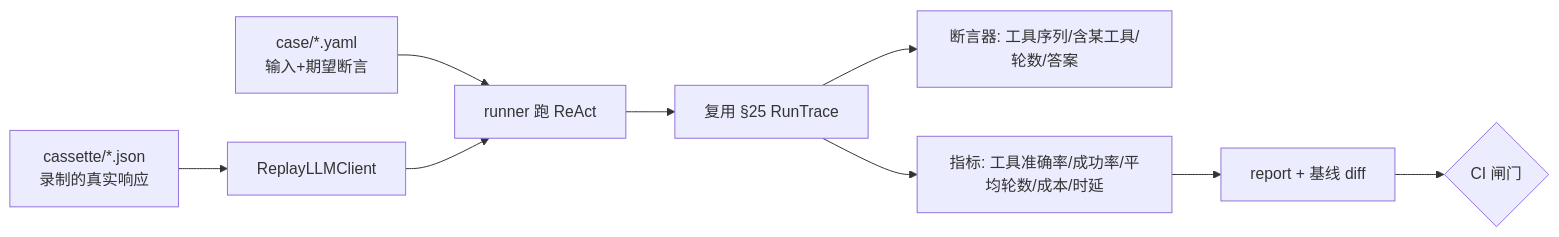
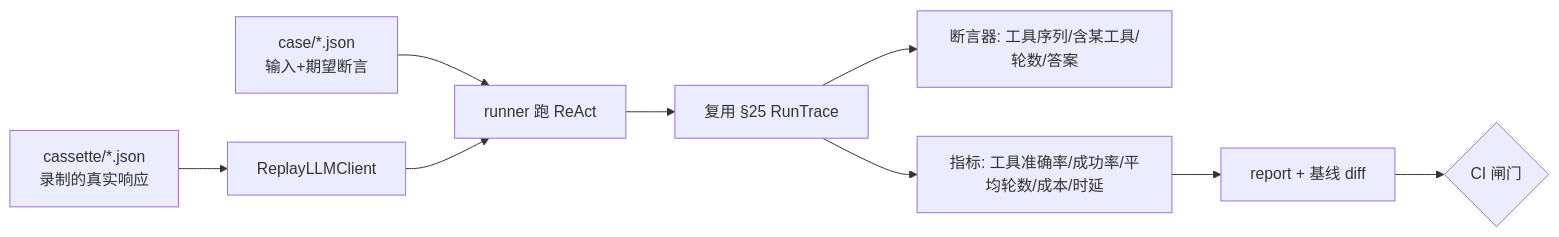
One commit to hxy2321548628/agent_mvp changed the first of 5 diagrams in doc/ddd/03ddd.md. Above: the diagram before and after it, drawn with Mermaid. The commit also changed other lines of this file and 38 other files, not shown here.

````diff
--- a/doc/ddd/03ddd.md
+++ b/doc/ddd/03ddd.md
@@ -74,11 +74,11 @@
 ```mermaid
 flowchart LR
-    case[case/*.yaml<br/>输入+期望断言] --> runner
+    case[case/*.json<br/>输入+期望断言] --> runner
     cassette[cassette/*.json<br/>录制的真实响应] --> replay[ReplayLLMClient]
     replay --> runner[runner 跑 ReAct]
     runner --> trace[复用 §25 RunTrace]
     trace --> assert[断言器: 工具序列/含某工具/轮数/答案]
     trace --> metric[指标: 工具准确率/成功率/平均轮数/成本/时延]
     metric --> report[report + 基线 diff]
     report --> ci{CI 闸门}
 ```
````
